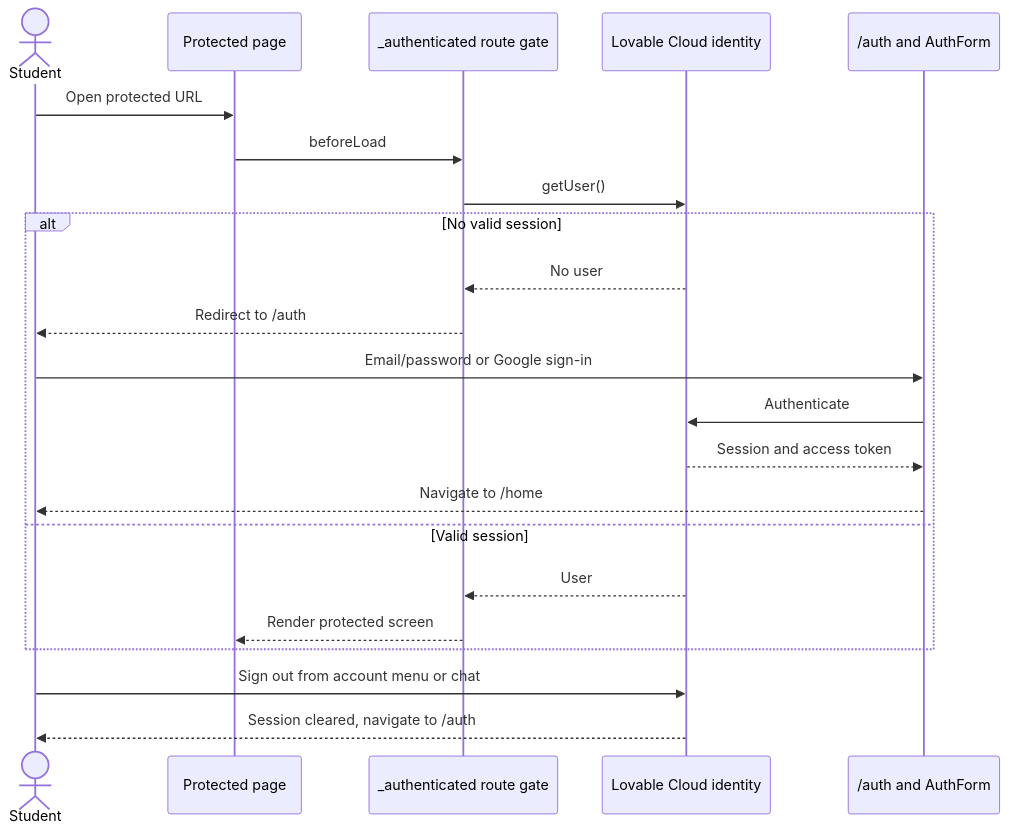
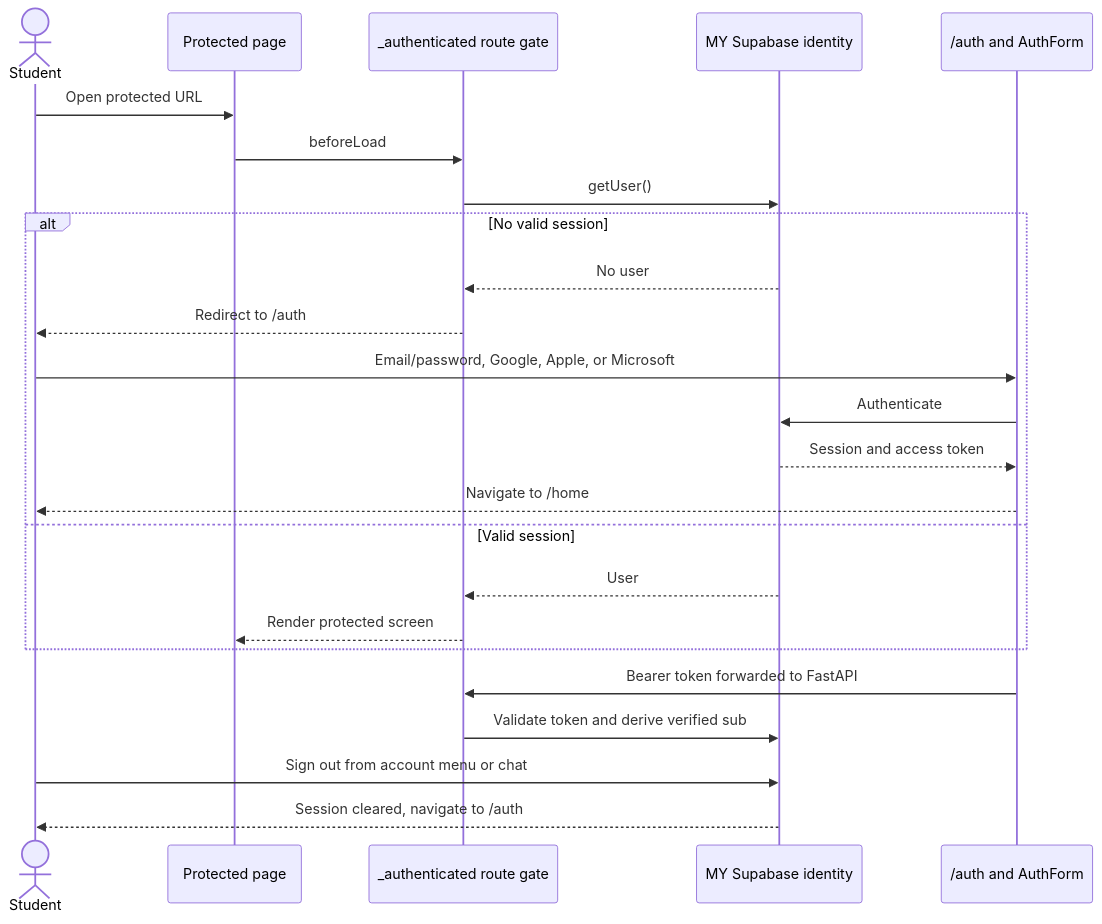
One commit to keyshavmor/study-swiss-star changed the diagram in lovabledocs/wireframes/05-authentication.mmd. Above: the diagram before and after it, drawn with Mermaid. The commit also changed 118 other files, not shown here.

Commit message:
full supabase isolation from lovable

```diff
--- a/lovabledocs/wireframes/05-authentication.mmd
+++ b/lovabledocs/wireframes/05-authentication.mmd
@@ -1,22 +1,24 @@
 sequenceDiagram
   actor Student
   participant Page as Protected page
   participant Gate as _authenticated route gate
-  participant Cloud as Lovable Cloud identity
+  participant Cloud as MY Supabase identity
   participant Auth as /auth and AuthForm
   Student->>Page: Open protected URL
   Page->>Gate: beforeLoad
   Gate->>Cloud: getUser()
   alt No valid session
     Cloud-->>Gate: No user
     Gate-->>Student: Redirect to /auth
-    Student->>Auth: Email/password or Google sign-in
+    Student->>Auth: Email/password, Google, Apple, or Microsoft
     Auth->>Cloud: Authenticate
     Cloud-->>Auth: Session and access token
     Auth-->>Student: Navigate to /home
   else Valid session
     Cloud-->>Gate: User
     Gate-->>Page: Render protected screen
   end
+  Auth->>Gate: Bearer token forwarded to FastAPI
+  Gate->>Cloud: Validate token and derive verified sub
   Student->>Cloud: Sign out from account menu or chat
   Cloud-->>Student: Session cleared, navigate to /auth
```
